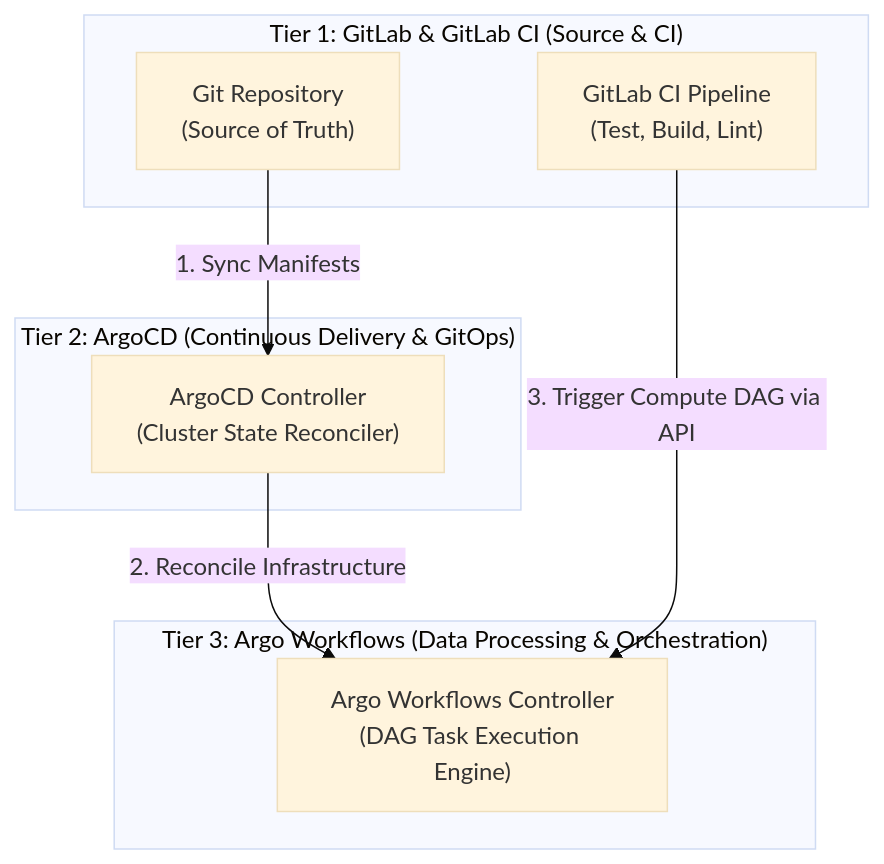
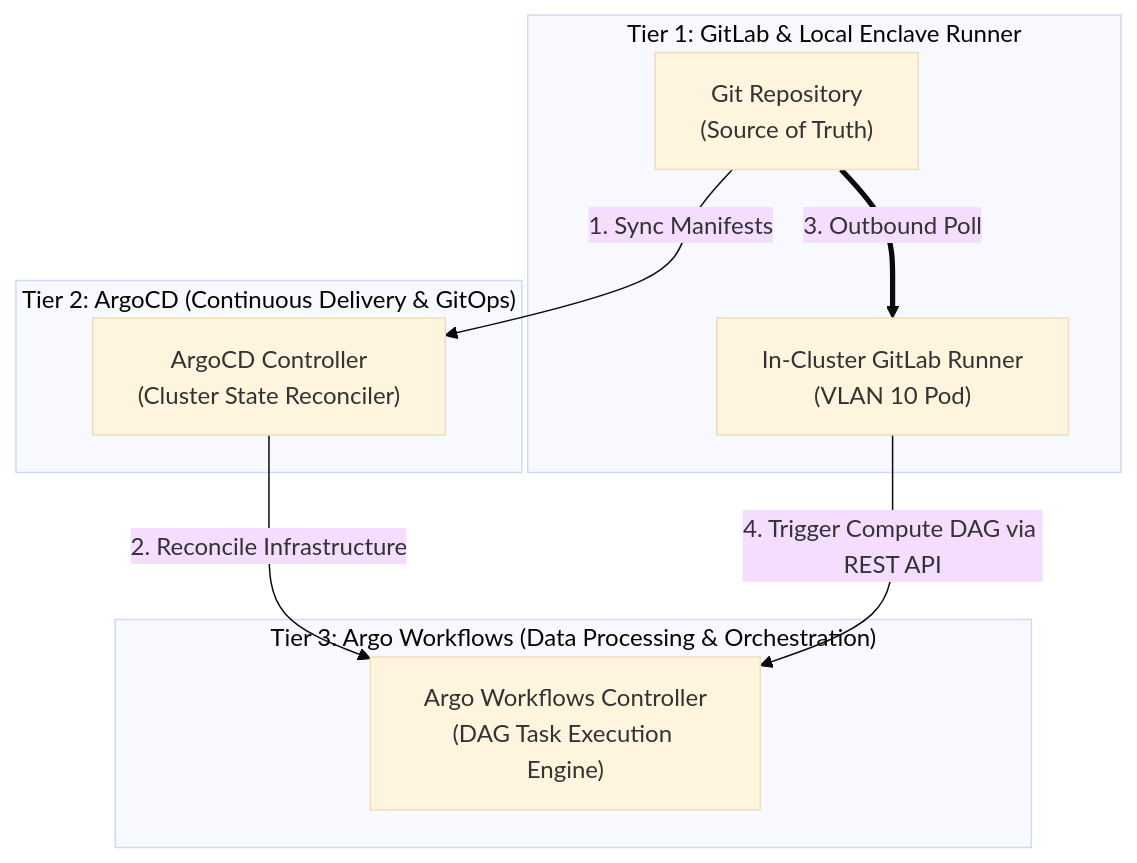
The diagram in infrastructure/bootstrap/argo-workflows/README.md (nkester/Homelab), drawn with Mermaid (base theme) before and after one commit. The commit also changed 6 other files, not shown here.

Commit message:
feat: Establish argo cd and k8s resources for the homelab gitlab runner.

````diff
--- a/infrastructure/bootstrap/argo-workflows/README.md
+++ b/infrastructure/bootstrap/argo-workflows/README.md
@@ -11,19 +11,20 @@
 ```mermaid
 graph TD
-    subgraph Tier1 ["Tier 1: GitLab & GitLab CI (Source & CI)"]
+    subgraph Tier1 ["Tier 1: GitLab & Local Enclave Runner"]
         GitRepo["Git Repository<br/>(Source of Truth)"]
-        CIRunner["GitLab CI Pipeline<br/>(Test, Build, Lint)"]
+        LocalRunner["In-Cluster GitLab Runner<br/>(VLAN 10 Pod)"]
     end
 
     subgraph Tier2 ["Tier 2: ArgoCD (Continuous Delivery & GitOps)"]
         ArgoCDController["ArgoCD Controller<br/>(Cluster State Reconciler)"]
     end
 
     subgraph Tier3 ["Tier 3: Argo Workflows (Data Processing & Orchestration)"]
         ArgoWFController["Argo Workflows Controller<br/>(DAG Task Execution Engine)"]
     end
 
     GitRepo -->|1. Sync Manifests| ArgoCDController
     ArgoCDController -->|2. Reconcile Infrastructure| ArgoWFController
-    CIRunner -->|3. Trigger Compute DAG via API| ArgoWFController
+    GitRepo ==>|3. Outbound Poll| LocalRunner
+    LocalRunner -->|4. Trigger Compute DAG via REST API| ArgoWFController
 ```
````
